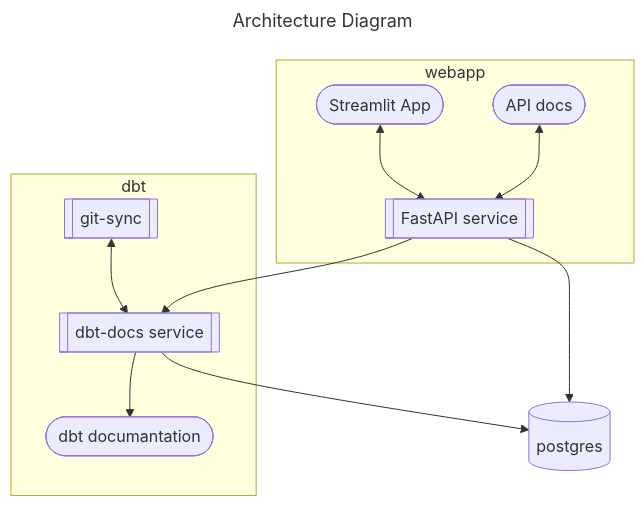
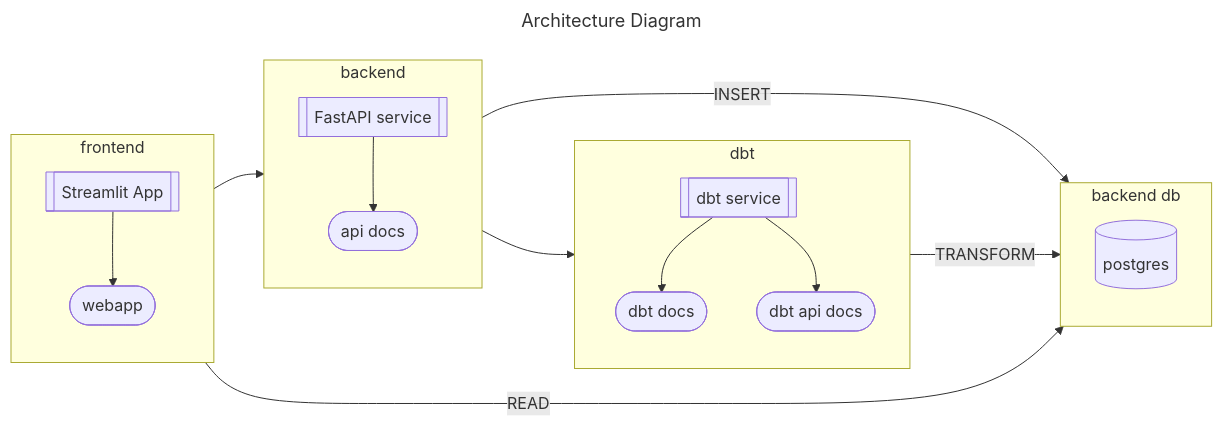
One commit to PabloPardoGarcia/my-finances changed the diagram in README.md. Above: the diagram before and after it, drawn with Mermaid.

Commit message:
update diagram

````diff
--- a/README.md
+++ b/README.md
@@ -22,30 +22,41 @@
 ```mermaid
 ---
 title: Architecture Diagram
 ---
-flowchart TB
-        subgraph dbt
-            s1[[dbt-docs service]];
-            web1([dbt documantation]);
-            s2[[git-sync]];
-            s1 --> web1
-            s2 <--> s1
-        end
-        subgraph webapp
-            s3[["FastAPI service"]]
-            web2(["Streamlit App"]);
-            web3(["API docs"]);
-            s3 --> s1
-            web2 <--> s3
-            web3 <--> s3
-        end
+flowchart LR
+    subgraph dbt
+        direction TB
+        s1[[dbt service]];
+        web1([dbt docs]);
+        web2([dbt api docs]);
+        s1 --> web1
+        s1 --> web2
+    end
+    subgraph frontend
+        direction TB
+        s4[["Streamlit App"]];
+        web3(["webapp"]);
+        s4 --> web3
+    end
+    subgraph db [backend db]
         db1[(postgres)];
-        s1 --> db1
-        s3 --> db1
+    end
+    subgraph backend
+        direction TB
+        s3[["FastAPI service"]];
+        web4(["api docs"]);
+        s3 --> web4
+    end
+
+    frontend --> backend
+    backend -- INSERT--> db
+    frontend -- READ --> db
+    dbt -- TRANSFORM --> db
+    backend --> dbt
 
     %% Interactions
     click web1 "https://docs.getdbt.com/docs/collaborate/documentation" _blank
-    click web2 "https://docs.streamlit.io/" _blank
-    click web3 "https://fastapi.tiangolo.com/#interactive-api-docs" _blank
+    click web3 "https://docs.streamlit.io/" _blank
+    click web4 "https://fastapi.tiangolo.com/#interactive-api-docs" _blank
 
 ```
````
